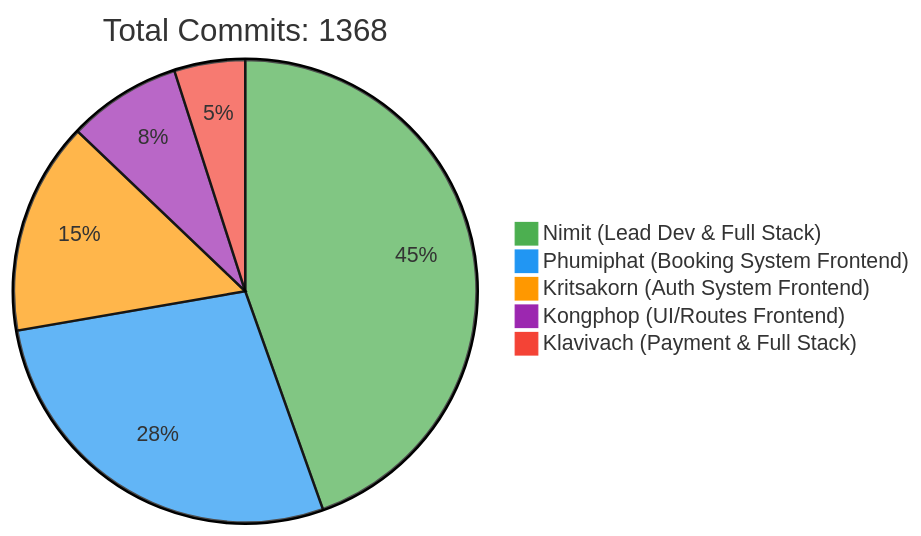
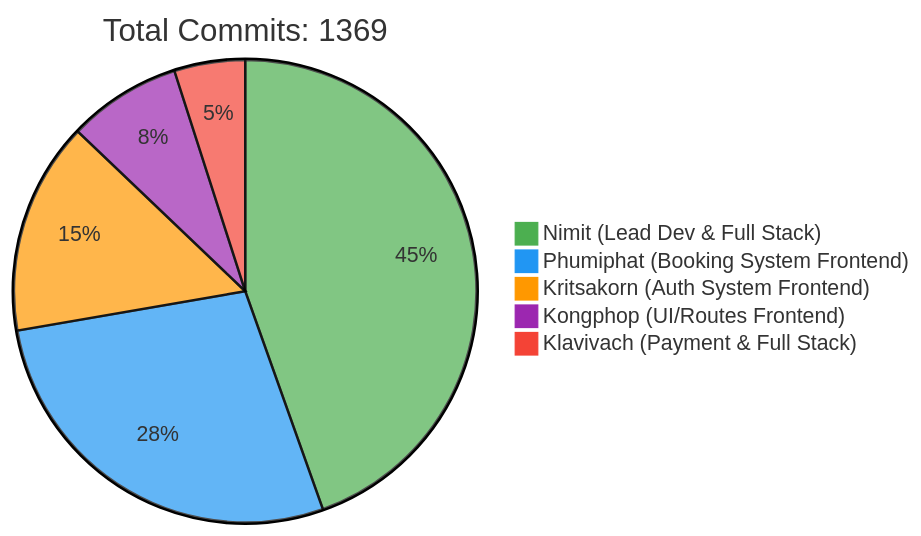
Before and after one commit to 6531503042/Sport-Complex: the first of 2 diagrams in README.md, drawn with Mermaid. The commit also changed other lines of this file, not shown here.

Commit message:
docs: Update contributor statistics [skip ci]

````diff
--- a/README.md
+++ b/README.md
@@ -257,10 +257,10 @@
 ```mermaid
 %%{init: {'theme': 'base', 'themeVariables': { 'pie1': '#4CAF50', 'pie2': '#2196F3', 'pie3': '#FF9800', 'pie4': '#9C27B0', 'pie5': '#F44336'}}}%%
 pie
-    title Total Commits: 1368
+    title Total Commits: 1369
     "Nimit (Lead Dev & Full Stack)" : 450
     "Phumiphat (Booking System Frontend)" : 280
     "Kritsakorn (Auth System Frontend)" : 150
     "Kongphop (UI/Routes Frontend)" : 80
     "Klavivach (Payment & Full Stack)" : 50
 ```
````
